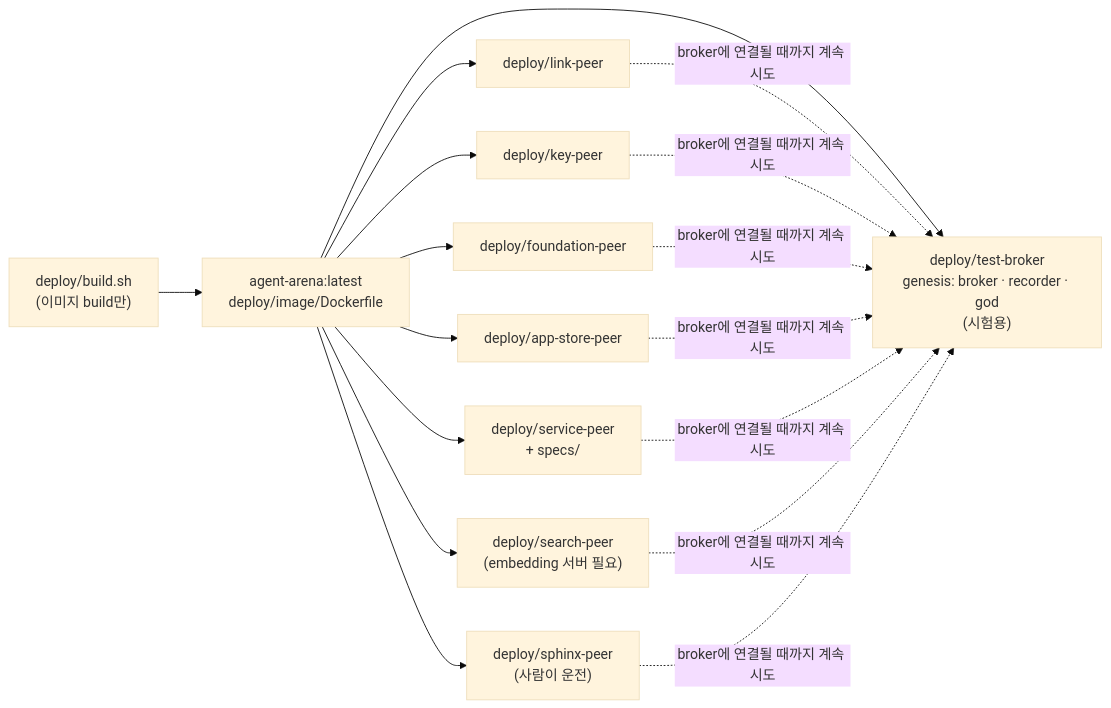
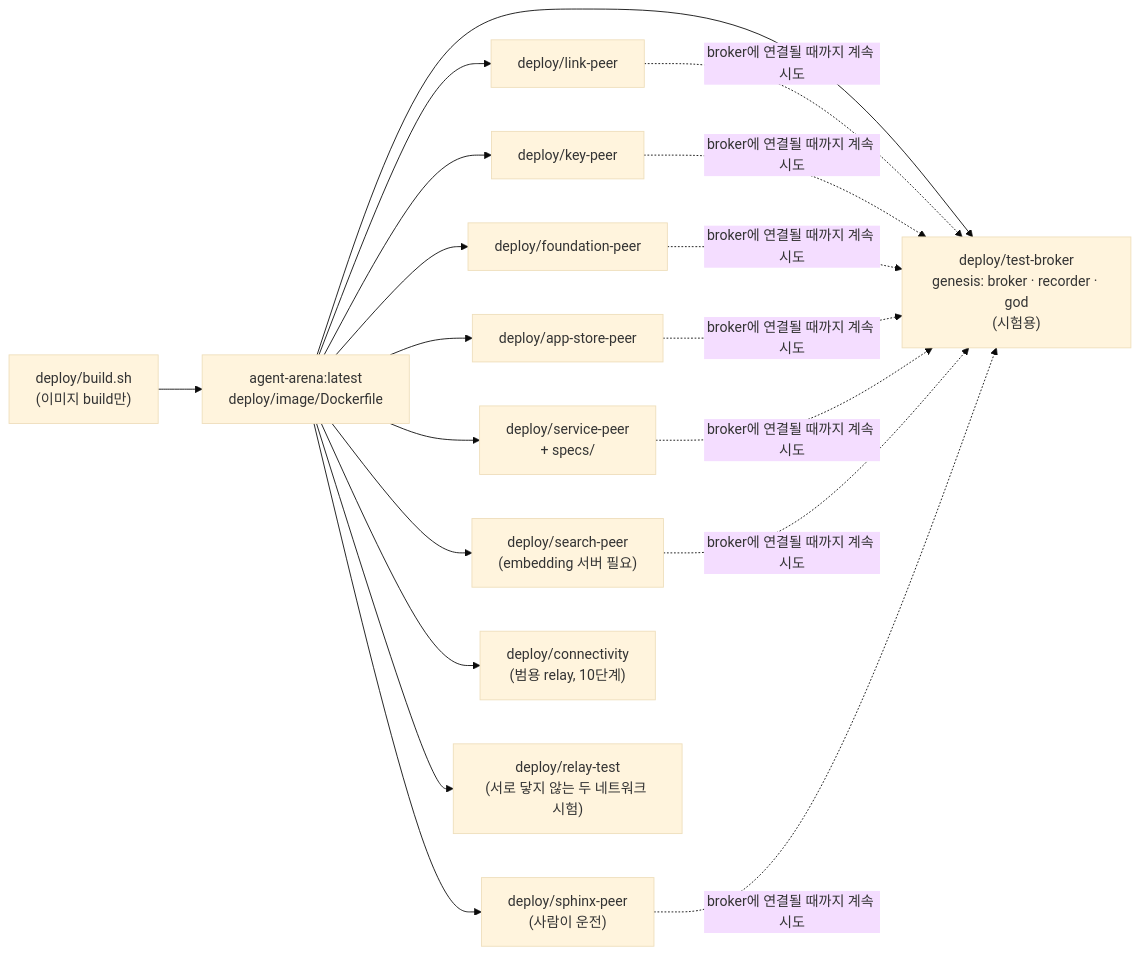
Before and after one commit to tanminkwan/share-ur-tokens: the first of 2 diagrams in dev/docker.md, drawn with Mermaid (base theme). The commit also changed other lines of this file and 19 other files, not shown here.

````diff
--- a/dev/docker.md
+++ b/dev/docker.md
@@ -9,13 +9,15 @@
 ```mermaid
 flowchart LR
     B["deploy/build.sh<br/>(이미지 build만)"] --> IMG["agent-arena:latest<br/>deploy/image/Dockerfile"]
     IMG --> TB["deploy/test-broker<br/>genesis: broker · recorder · god<br/>(시험용)"]
     IMG --> LP["deploy/link-peer"]
     IMG --> KP["deploy/key-peer"]
     IMG --> FP["deploy/foundation-peer"]
     IMG --> AP["deploy/app-store-peer"]
     IMG --> SP["deploy/service-peer<br/>+ specs/"]
     IMG --> SE["deploy/search-peer<br/>(embedding 서버 필요)"]
     IMG --> SX["deploy/sphinx-peer<br/>(사람이 운전)"]
+    IMG --> CN["deploy/connectivity<br/>(범용 relay, 10단계)"]
+    IMG --> RT["deploy/relay-test<br/>(서로 닿지 않는 두 네트워크 시험)"]
     LP & KP & FP & AP & SP & SE & SX -. "broker에 연결될 때까지 계속 시도" .-> TB
 ```
````
